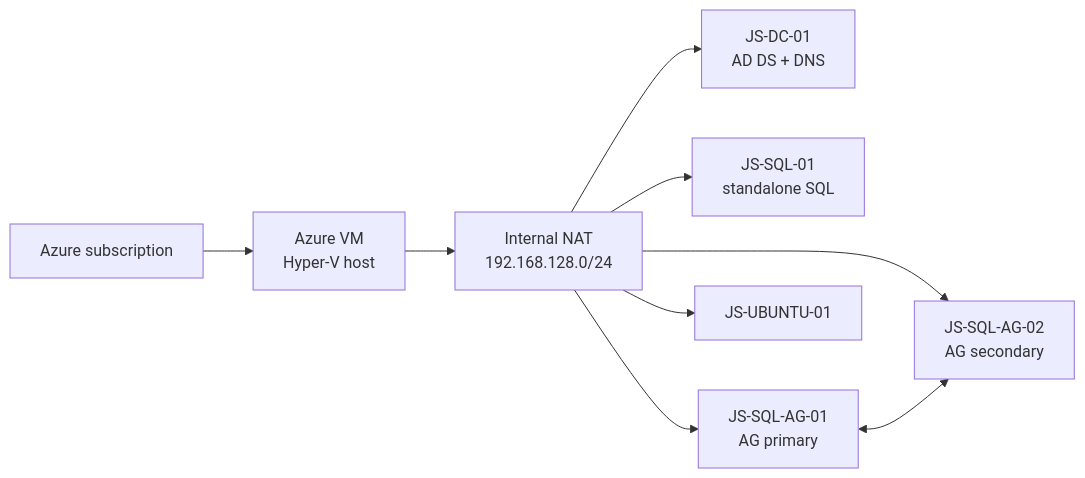
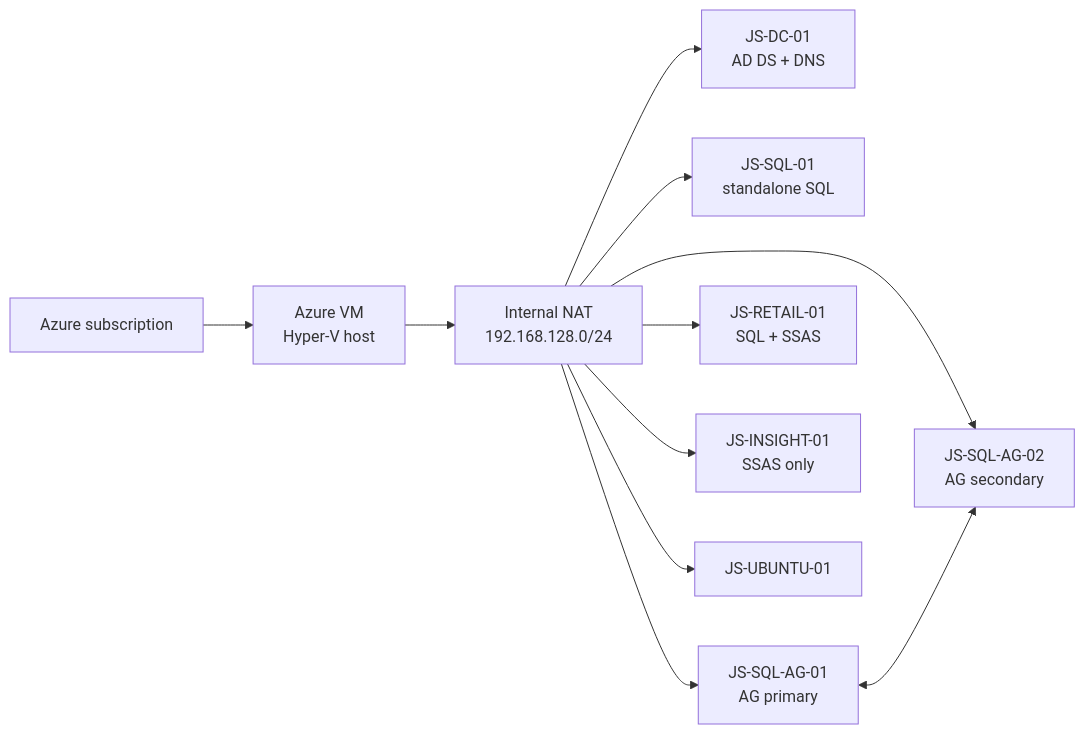
Before and after one commit to markgar/arc-jumpstart: the diagram in README.md, drawn with Mermaid. The commit also changed other lines of this file and 28 other files, not shown here.

First line of the commit message:
Add seven-server SQL and SSAS lab with customer Arc inventory

````diff
--- a/README.md
+++ b/README.md
@@ -47,11 +47,13 @@
 ```mermaid
 flowchart LR
     Azure["Azure subscription"] --> Host["Azure VM<br/>Hyper-V host"]
     Host --> NAT["Internal NAT<br/>192.168.128.0/24"]
     NAT --> DC["JS-DC-01<br/>AD DS + DNS"]
     NAT --> SQL["JS-SQL-01<br/>standalone SQL"]
     NAT --> AG1["JS-SQL-AG-01<br/>AG primary"]
     NAT --> AG2["JS-SQL-AG-02<br/>AG secondary"]
+    NAT --> Mixed["JS-RETAIL-01<br/>SQL + SSAS"]
+    NAT --> BI["JS-INSIGHT-01<br/>SSAS only"]
     NAT --> Linux["JS-UBUNTU-01"]
     AG1 <--> AG2
 ```
````
